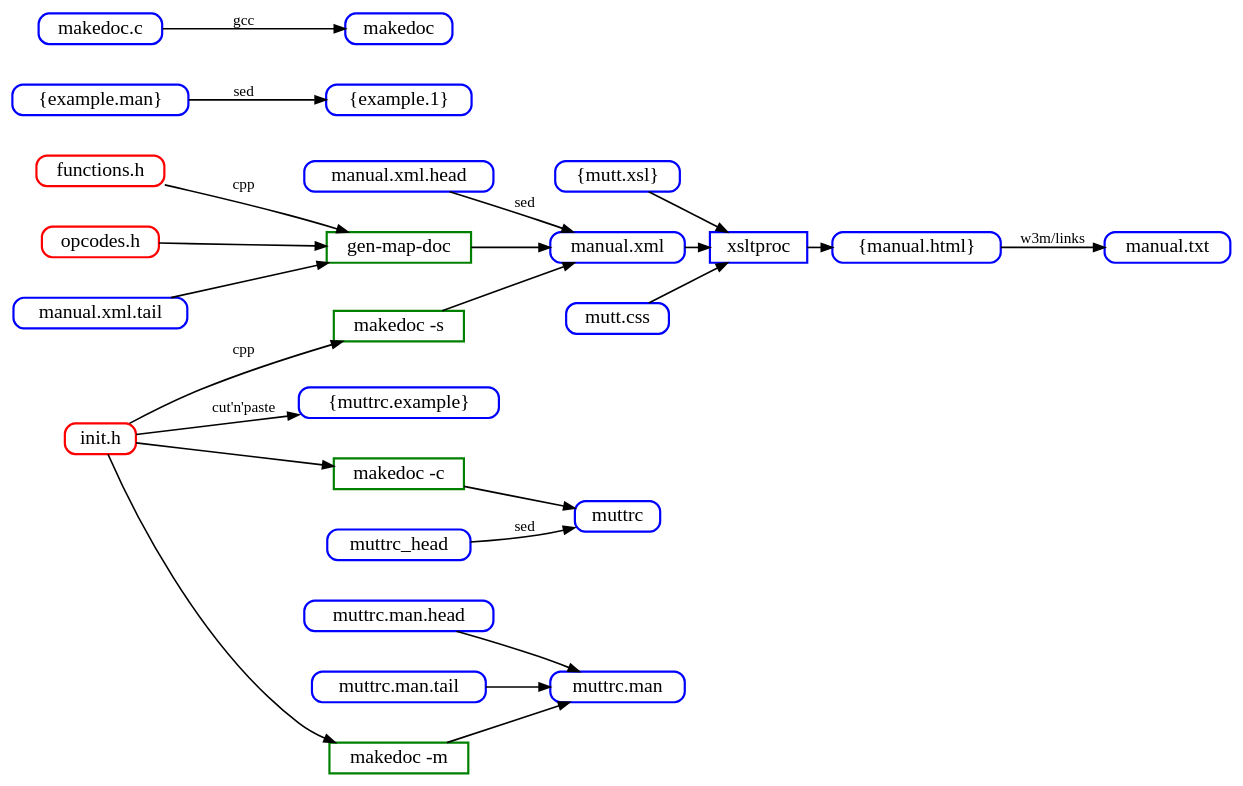
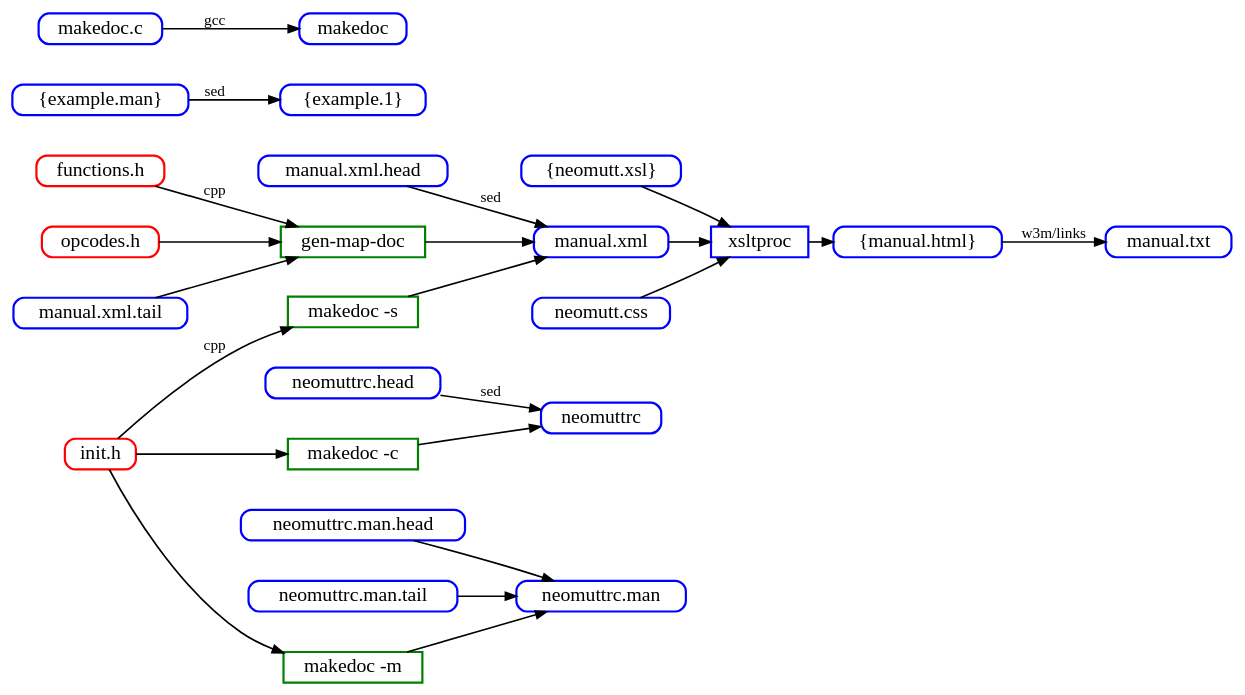
One commit to neomutt/neomutt.github.io changed the diagram in _dev/make-docs.gv. Above: the diagram before and after it, drawn with Graphviz. The commit also changed 1 other file, not shown here.

```diff
--- a/_dev/make-docs.gv
+++ b/_dev/make-docs.gv
@@ -1,79 +1,77 @@
 digraph build {
 	graph [
 		rankdir="LR"
 		nodesep="0.5"
 		ranksep="0.3"
 	];
 
 	node [
 		shape="Mrecord"
 		style="solid"
 		height="0.2"
 		penwidth="2.0"
 		color="blue"
 		fontcolor="black"
 		fontsize="18"
 	];
 
 	edge [
 		penwidth="1.5"
 		color="#000000"
 		arrowsize="1.0"
 	];
 
 
 	functions_h      [ label="functions.h" color="red" ]
 	opcodes          [ label="opcodes.h"   color="red" ]
 	init_h           [ label="init.h"      color="red" ]
 
-	lots_1           [ label="\{example.1\}"       ]
-	lots_man         [ label="\{example.man\}"     ]
-	lots_muttrc      [ label="\{muttrc.example\}"  ]
-	lots_xsl         [ label="\{mutt.xsl\}"        ]
-	makedoc_src      [ label="makedoc.c"           ]
-	manual_html      [ label="\{manual.html\}"     ]
-	manual_txt       [ label="manual.txt"          ]
-	manual_xml       [ label="manual.xml"          ]
-	manual_xml_head  [ label="manual.xml.head"     ]
-	manual_xml_tail  [ label="manual.xml.tail"     ]
-	muttrc           [ label="muttrc"              ]
-	muttrc_man       [ label="muttrc.man"          ]
-	muttrc_man_head  [ label="muttrc.man.head"     ]
-	muttrc_man_tail  [ label="muttrc.man.tail"     ]
-	mutt_css         [ label="mutt.css"            ]
+	lots_1             [ label="\{example.1\}"         ]
+	lots_man           [ label="\{example.man\}"       ]
+	lots_xsl           [ label="\{neomutt.xsl\}"       ]
+	makedoc_src        [ label="makedoc.c"             ]
+	manual_html        [ label="\{manual.html\}"       ]
+	manual_txt         [ label="manual.txt"            ]
+	manual_xml         [ label="manual.xml"            ]
+	manual_xml_head    [ label="manual.xml.head"       ]
+	manual_xml_tail    [ label="manual.xml.tail"       ]
+	neomuttrc          [ label="neomuttrc"             ]
+	neomuttrc_head     [ label="neomuttrc.head"        ]
+	neomuttrc_man      [ label="neomuttrc.man"         ]
+	neomuttrc_man_head [ label="neomuttrc.man.head"    ]
+	neomuttrc_man_tail [ label="neomuttrc.man.tail"    ]
+	neomutt_css        [ label="neomutt.css"           ]
 
 	gen_map_doc   [ label="gen-map-doc" color="green" shape="box" ]
 	makedoc_c     [ label="makedoc -c" color="green" shape="box" ]
 	makedoc_m     [ label="makedoc -m" color="green" shape="box" ]
 	makedoc_s     [ label="makedoc -s" color="green" shape="box" ]
 	xsltproc      [ label="xsltproc" shape="box" ]
 
 	lots_man -> lots_1 [ label="sed" ]
 
-	manual_xml -> xsltproc
-	lots_xsl -> xsltproc
-	mutt_css -> xsltproc
-	xsltproc -> manual_html
+	manual_xml  -> xsltproc
+	lots_xsl    -> xsltproc
+	neomutt_css -> xsltproc
+	xsltproc    -> manual_html
 	manual_html -> manual_txt [ label="w3m/links" ]
 
-	init_h -> makedoc_m
-	muttrc_man_head -> muttrc_man
-	makedoc_m -> muttrc_man
-	muttrc_man_tail -> muttrc_man
+	init_h             -> makedoc_m
+	neomuttrc_man_head -> neomuttrc_man
+	makedoc_m          -> neomuttrc_man
+	neomuttrc_man_tail -> neomuttrc_man
 
-	muttrc_head -> muttrc [ label="sed" ]
-	init_h -> makedoc_c
-	makedoc_c -> muttrc
+	neomuttrc_head -> neomuttrc [ label="sed" ]
+	init_h         -> makedoc_c
+	makedoc_c      -> neomuttrc
 
-	init_h -> lots_muttrc [ label="cut'n'paste" ]
-
-	makedoc_src -> makedoc [ label="gcc" ]
+	makedoc_src     -> makedoc    [ label="gcc" ]
 	manual_xml_head -> manual_xml [ label="sed" ]
 
 	manual_xml_tail -> gen_map_doc
-	opcodes -> gen_map_doc
-	gen_map_doc -> manual_xml
-	init_h -> makedoc_s [ label="cpp" ]
-	makedoc_s -> manual_xml
-	functions_h -> gen_map_doc [ label="cpp" ]
+	opcodes         -> gen_map_doc
+	gen_map_doc     -> manual_xml
+	init_h          -> makedoc_s [ label="cpp" ]
+	makedoc_s       -> manual_xml
+	functions_h     -> gen_map_doc [ label="cpp" ]
 }
```
